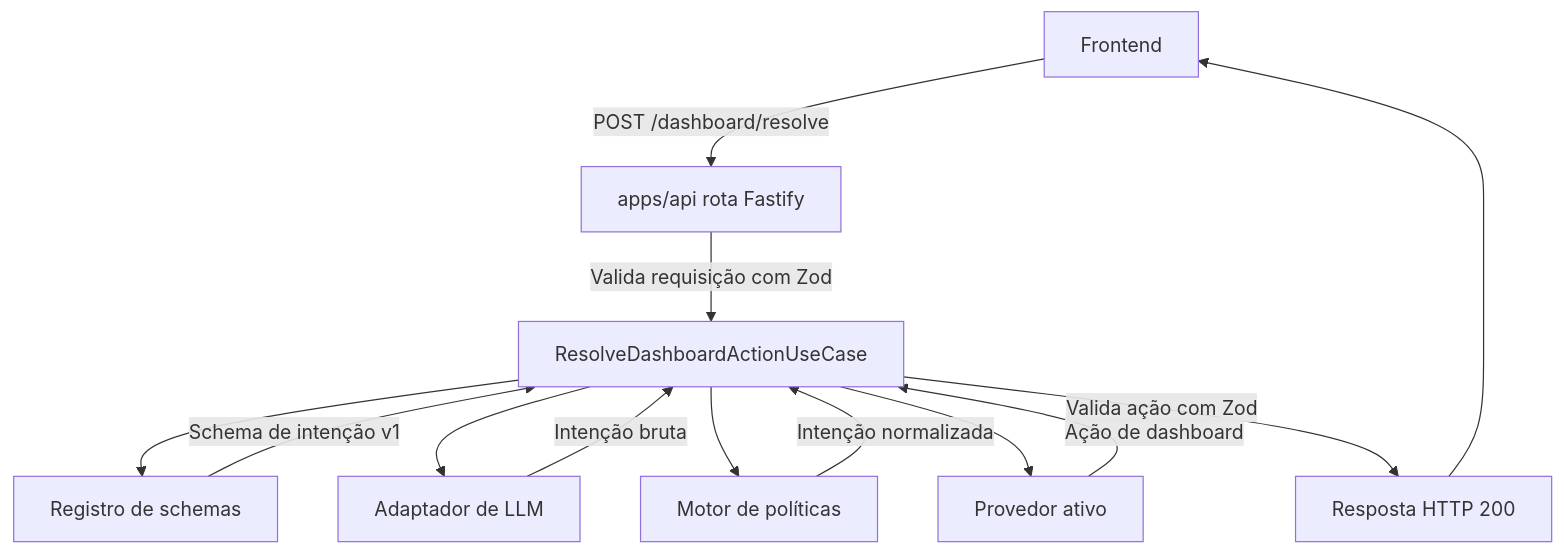
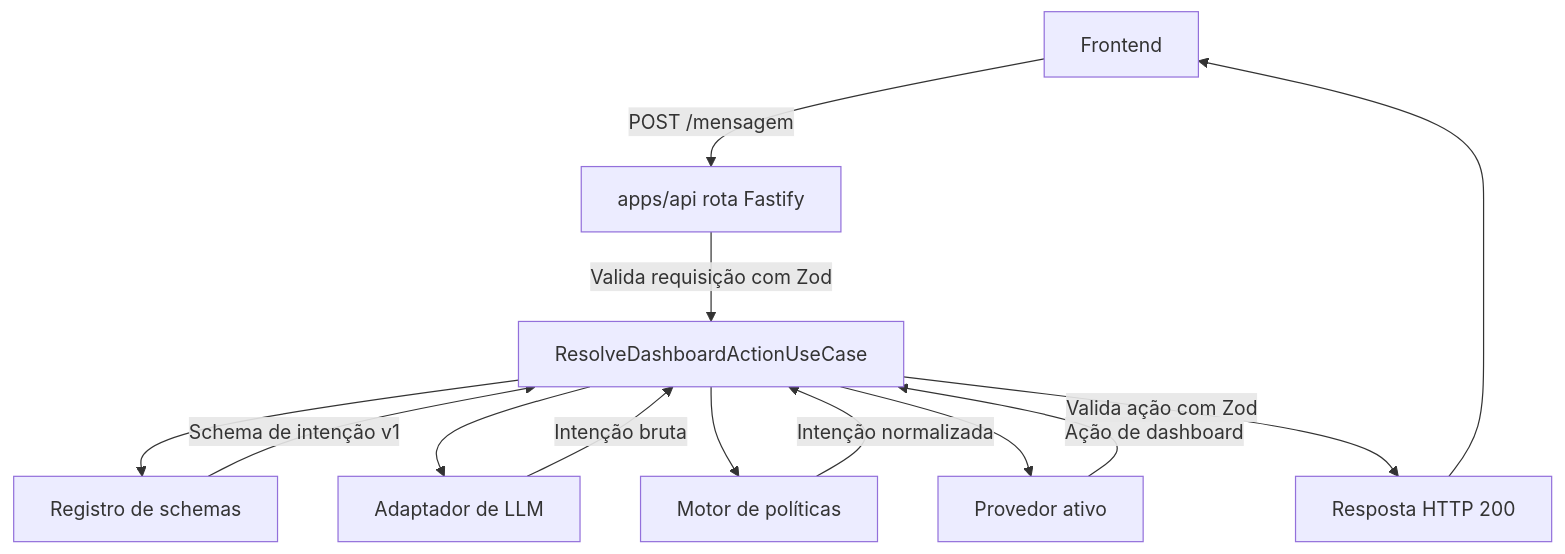
The first of 8 diagrams in docs/arquitetura.md (fernandesyuri33/chat-observatorio-turismo), drawn with Mermaid before and after one commit. The commit also changed other lines of this file and 7 other files, not shown here.

````diff
--- a/docs/arquitetura.md
+++ b/docs/arquitetura.md
@@ -7,20 +7,20 @@
 ```mermaid
 flowchart TD
-  FE[Frontend] -->|POST /dashboard/resolve| API[apps/api rota Fastify]
+  FE[Frontend] -->|POST /mensagem| API[apps/api rota Fastify]
 
   API -->|Valida requisição com Zod| UC[ResolveDashboardActionUseCase]
 
   UC --> REG[Registro de schemas]
   UC --> LLM[Adaptador de LLM]
   UC --> POL[Motor de políticas]
   UC --> PROV[Provedor ativo]
 
   LLM -->|Intenção bruta| UC
   REG -->|Schema de intenção v1| UC
   POL -->|Intenção normalizada| UC
   PROV -->|Ação de dashboard| UC
 
   UC -->|Valida ação com Zod| RES[Resposta HTTP 200]
   RES --> FE
 
 ```
````
